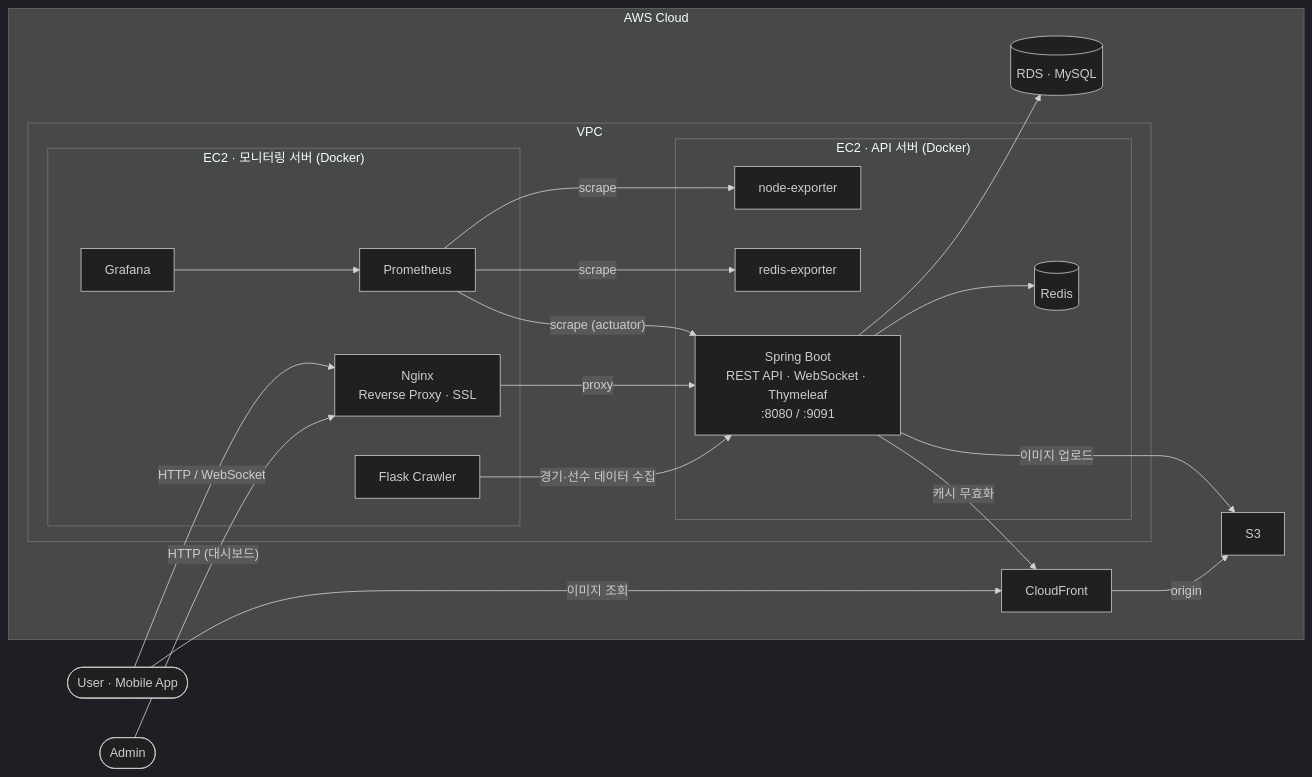
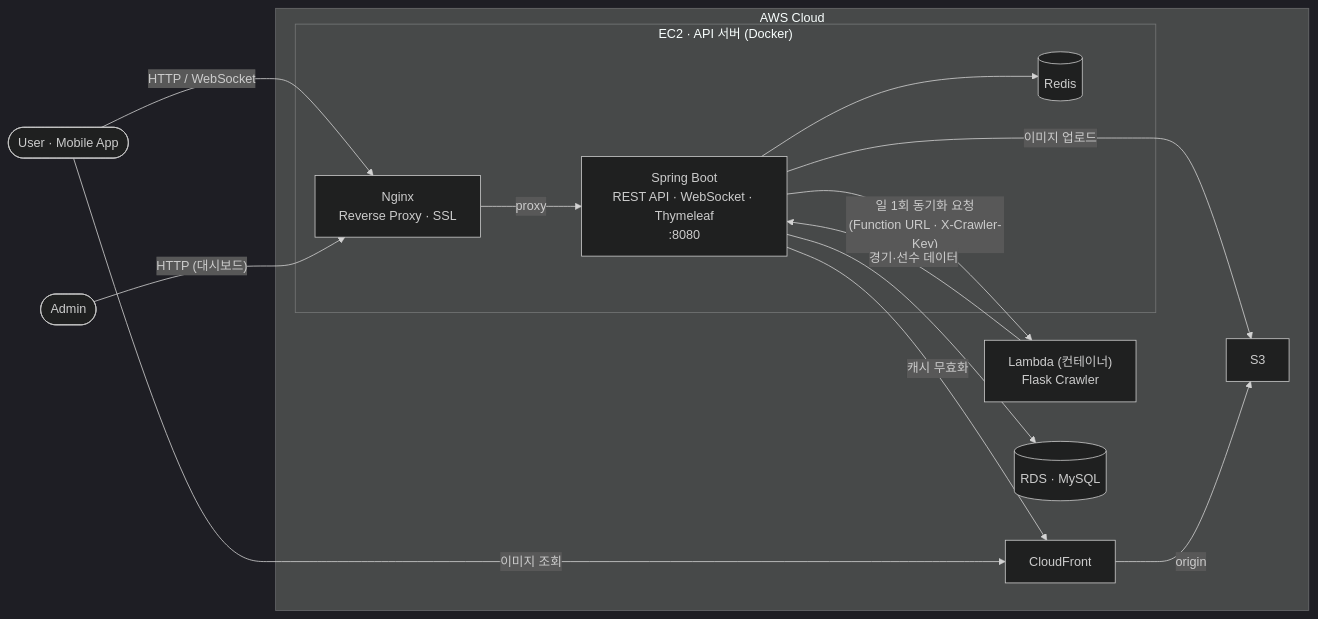
Before and after one commit to JinHyunTaek/fw-back-copied: the diagram in README.md, drawn with Mermaid (dark theme). The commit also changed other lines of this file, not shown here.

````diff
--- a/README.md
+++ b/README.md
@@ -54,41 +54,29 @@
 ```mermaid
 flowchart LR
     User([User · Mobile App])
     Admin([Admin])
 
     subgraph AWS["AWS Cloud"]
-        subgraph VPC["VPC"]
-            subgraph EC2B["EC2 · 모니터링 서버 (Docker)"]
-                Nginx["Nginx<br/>Reverse Proxy · SSL"]
-                Prom["Prometheus"]
-                Graf["Grafana"]
-                Flask["Flask Crawler"]
-            end
-            subgraph EC2A["EC2 · API 서버 (Docker)"]
-                Spring["Spring Boot<br/>REST API · WebSocket · Thymeleaf<br/>:8080 / :9091"]
-                Redis[("Redis")]
-                RedisExp["redis-exporter"]
-                NodeExp["node-exporter"]
-            end
+        subgraph EC2["EC2 · API 서버 (Docker)"]
+            Nginx["Nginx<br/>Reverse Proxy · SSL"]
+            Spring["Spring Boot<br/>REST API · WebSocket · Thymeleaf<br/>:8080"]
+            Redis[("Redis")]
         end
+        Lambda["Lambda (컨테이너)<br/>Flask Crawler"]
         RDS[("RDS · MySQL")]
         S3["S3"]
         CF["CloudFront"]
     end
 
     User -- "HTTP / WebSocket" --> Nginx
     Admin -- "HTTP (대시보드)" --> Nginx
     Nginx -- "proxy" --> Spring
     Spring --> RDS
     Spring --> Redis
     Spring -- "이미지 업로드" --> S3
     Spring -- "캐시 무효화" --> CF
     User -- "이미지 조회" --> CF
     CF -- "origin" --> S3
-    Flask -- "경기·선수 데이터 수집" --> Spring
-
-    Prom -- "scrape" --> NodeExp
-    Prom -- "scrape" --> RedisExp
-    Prom -- "scrape (actuator)" --> Spring
-    Graf --> Prom
+    Spring -- "일 1회 동기화 요청<br/>(Function URL · X-Crawler-Key)" --> Lambda
+    Lambda -- "경기·선수 데이터" --> Spring
 ```
````
